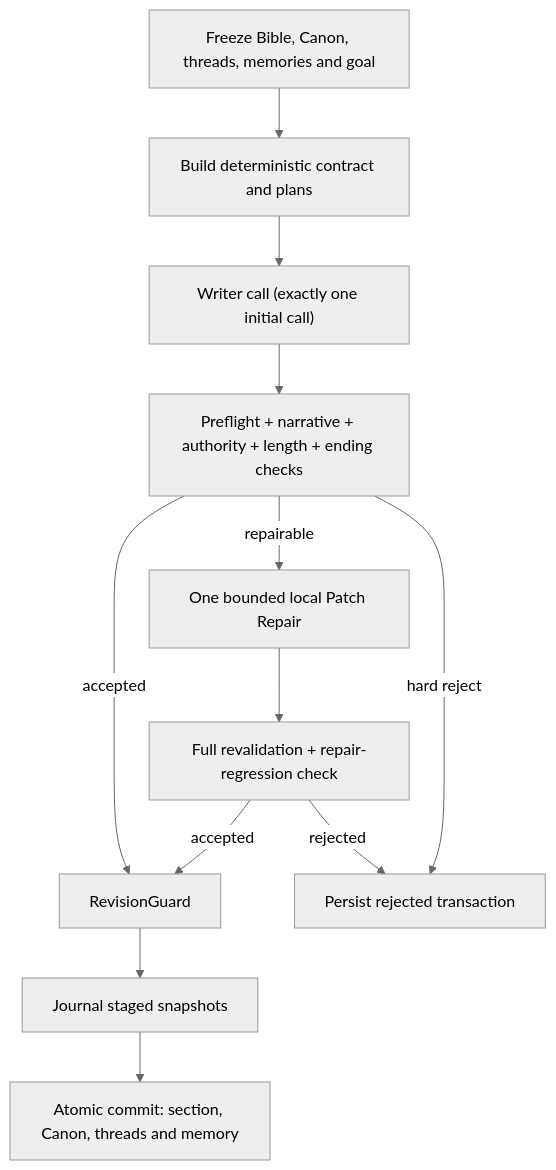
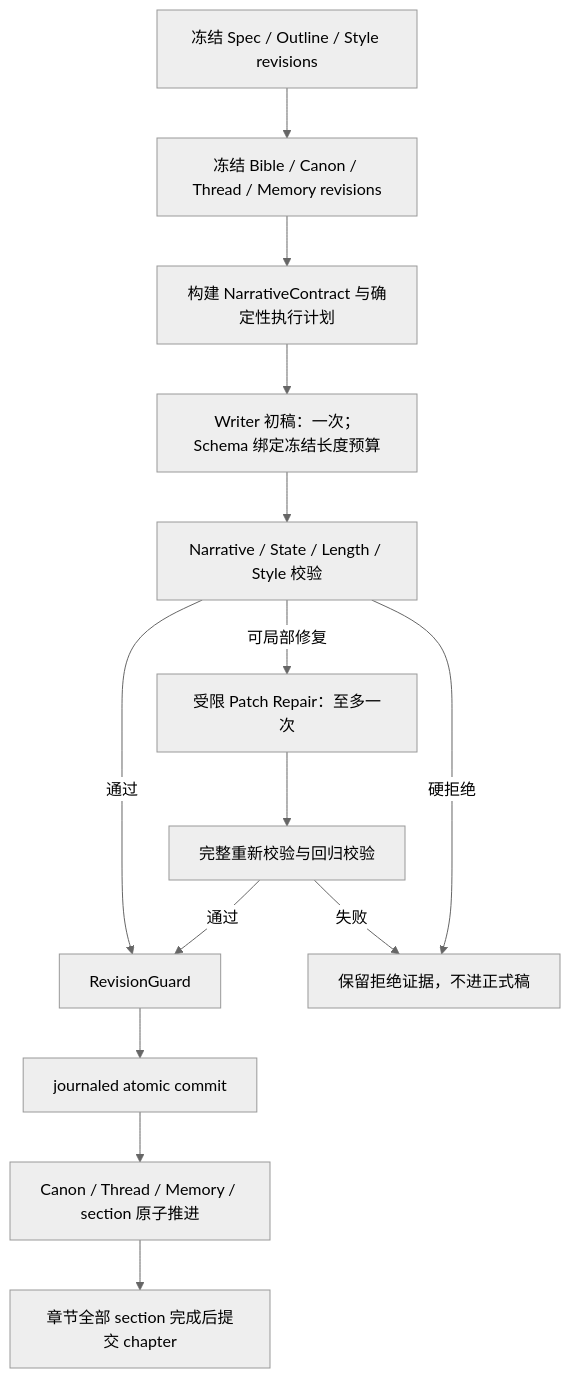
Before and after one commit to namelessawa/novel_auto: the second of 2 diagrams in docs/FINAL_ARCHITECTURE.md, drawn with Mermaid (neutral theme). The commit also changed other lines of this file and 135 other files, not shown here.

````diff
--- a/docs/FINAL_ARCHITECTURE.md
+++ b/docs/FINAL_ARCHITECTURE.md
@@ -24,14 +77,16 @@
 ```mermaid
 flowchart TD
-    A["Freeze Bible, Canon, threads, memories and goal"] --> B["Build deterministic contract and plans"]
-    B --> C["Writer call (exactly one initial call)"]
-    C --> D["Preflight + narrative + authority + length + ending checks"]
-    D -->|"accepted"| G["RevisionGuard"]
-    D -->|"repairable"| E["One bounded local Patch Repair"]
-    E --> F["Full revalidation + repair-regression check"]
-    F -->|"accepted"| G
-    D -->|"hard reject"| R["Persist rejected transaction"]
-    F -->|"rejected"| R
-    G --> H["Journal staged snapshots"]
-    H --> I["Atomic commit: section, Canon, threads and memory"]
+    A["冻结 Spec / Outline / Style revisions"] --> B["冻结 Bible / Canon / Thread / Memory revisions"]
+    B --> C["构建 NarrativeContract 与确定性执行计划"]
+    C --> D["Writer 初稿：一次；Schema 绑定冻结长度预算"]
+    D --> E["Narrative / State / Length / Style 校验"]
+    E -->|"通过"| H["RevisionGuard"]
+    E -->|"可局部修复"| F["受限 Patch Repair：至多一次"]
+    F --> G["完整重新校验与回归校验"]
+    G -->|"通过"| H
+    E -->|"硬拒绝"| R["保留拒绝证据，不进正式稿"]
+    G -->|"失败"| R
+    H --> I["journaled atomic commit"]
+    I --> K["Canon / Thread / Memory / section 原子推进"]
+    K --> L["章节全部 section 完成后提交 chapter"]
 ```
````
